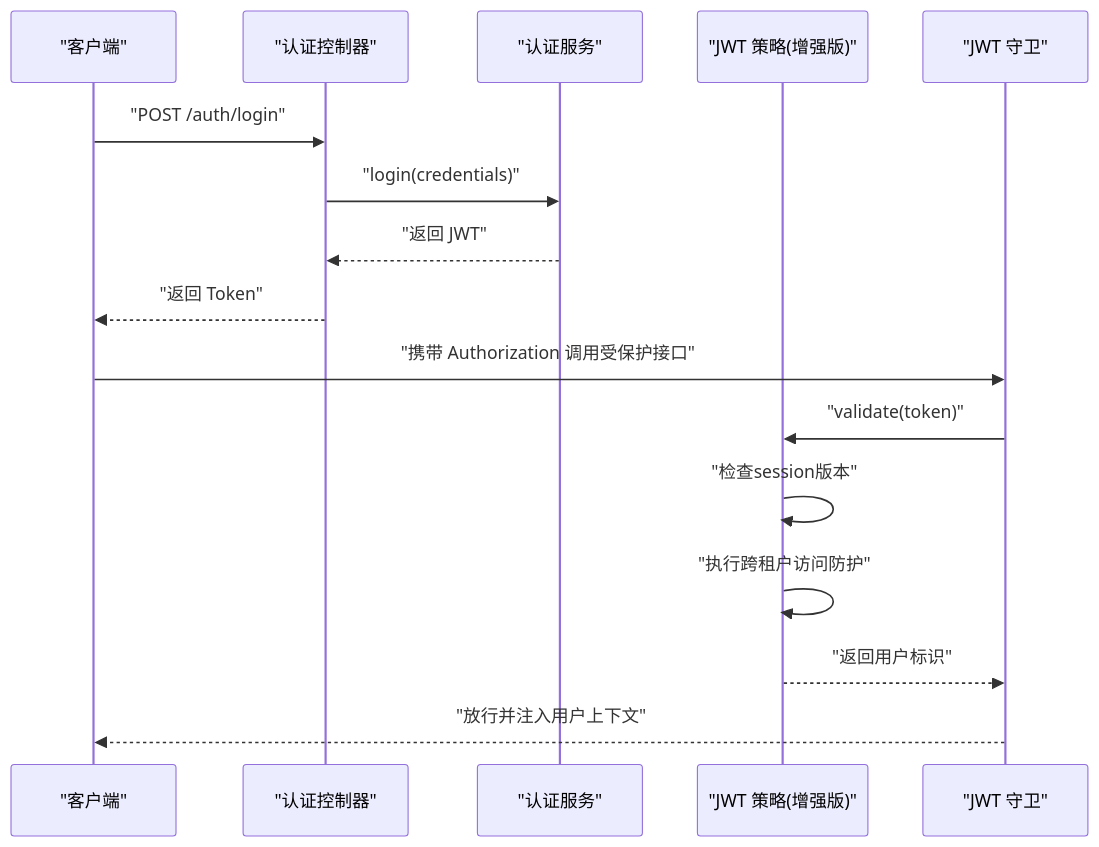
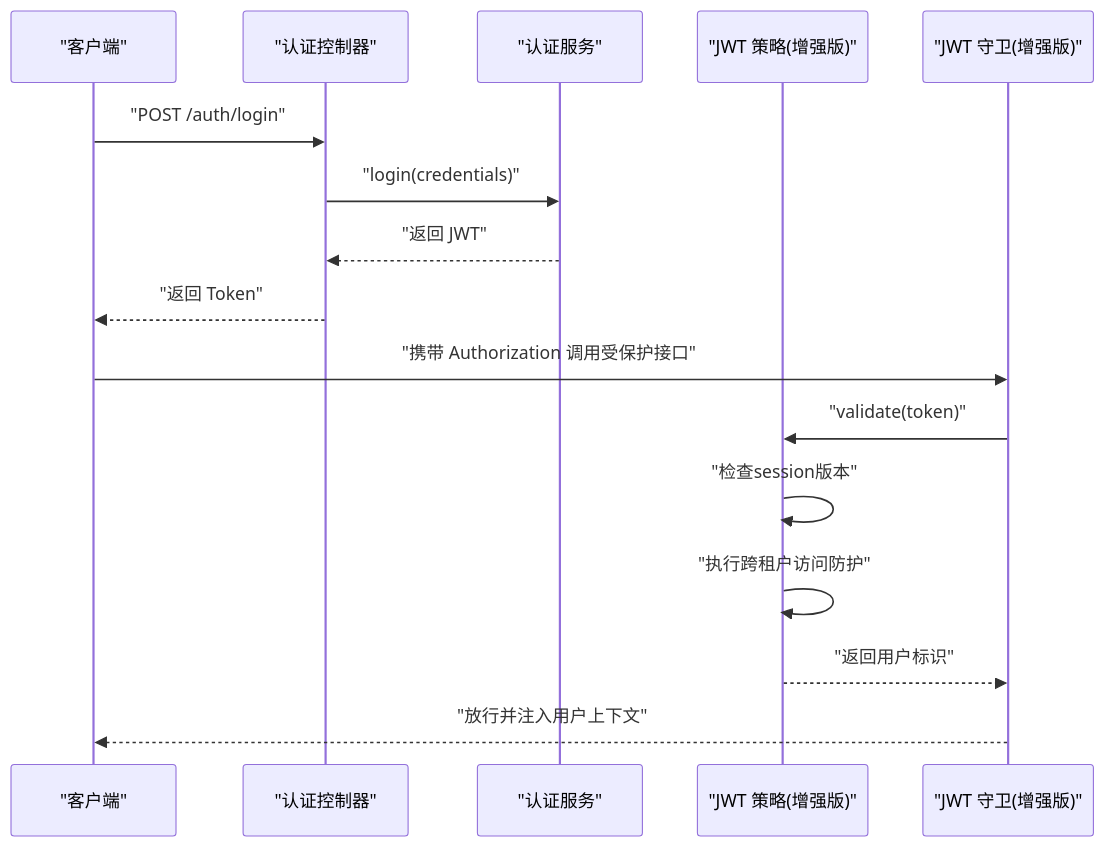
The third of 23 diagrams in .qoder/repowiki/zh/content/认证授权系统/认证授权系统.md (rc558620/purelyprofit-server), drawn with Mermaid before and after one commit. The commit also changed other lines of this file and 10 other files, not shown here.

````diff
--- a/.qoder/repowiki/zh/content/认证授权系统/认证授权系统.md
+++ b/.qoder/repowiki/zh/content/认证授权系统/认证授权系统.md
@@ -394,18 +409,18 @@
 ```mermaid
 sequenceDiagram
 participant C as "客户端"
 participant Ctrl as "认证控制器"
 participant Svc as "认证服务"
 participant Strat as "JWT 策略(增强版)"
-participant Guard as "JWT 守卫"
+participant Guard as "JWT 守卫(增强版)"
 C->>Ctrl : "POST /auth/login"
 Ctrl->>Svc : "login(credentials)"
 Svc-->>Ctrl : "返回 JWT"
 Ctrl-->>C : "返回 Token"
 C->>Guard : "携带 Authorization 调用受保护接口"
 Guard->>Strat : "validate(token)"
 Strat->>Strat : "检查session版本"
 Strat->>Strat : "执行跨租户访问防护"
 Strat-->>Guard : "返回用户标识"
 Guard-->>C : "放行并注入用户上下文"
 ```
````
